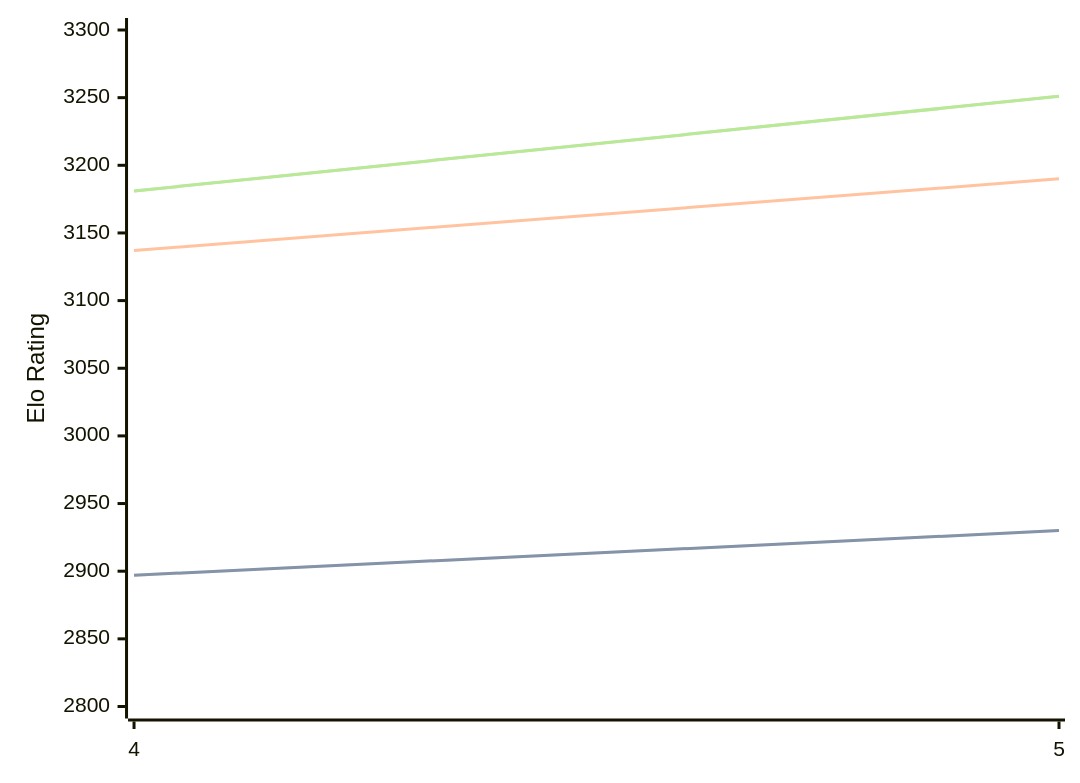
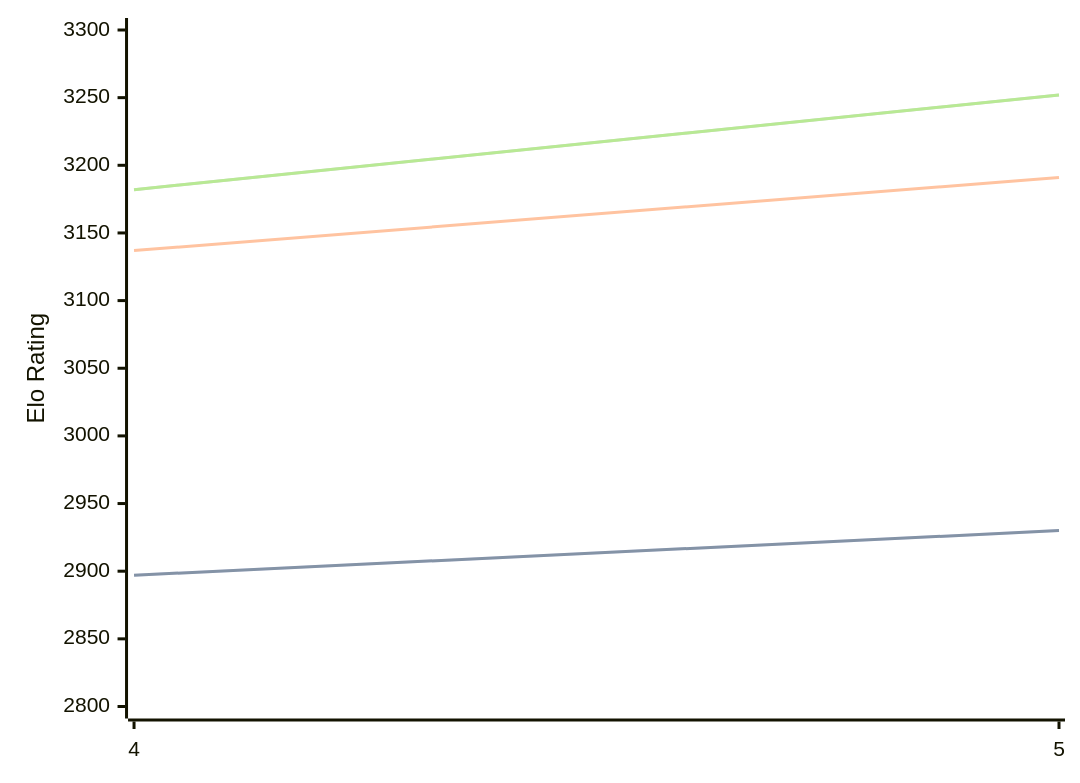
Before and after one commit to computer-chess-index/cci: the diagram in engines/Cwtch.md, drawn with Mermaid. The commit also changed other lines of this file, not shown here.

Commit message:
Update CCI Ratings (ELO VLTC) - 2026-05-14

````diff
--- a/engines/Cwtch.md
+++ b/engines/Cwtch.md
@@ -34,11 +34,11 @@
 ```mermaid
 %%{init: {"theme":"base","themeVariables":{"seriesColors:['#a3a3a3','#222221','#faa371']}}}%%
 xychart-beta
   x-axis ["4", "5"]
   y-axis "Elo Rating" 2800 --> 3300
   line "STC (8.0+0.08s)" [2897, 2930]
   line "STC (8.0+0.08s)" [2897, 2930]
-  line "LTC (60.0+0.60s)" [3137, 3190]
-  line "VLTC (2m24s+1.12s)" [3181, 3251]
-  line "VLTC (2m24s+1.12s)" [3181, 3251]
+  line "LTC (60.0+0.60s)" [3137, 3191]
+  line "VLTC (2m24s+1.12s)" [3182, 3252]
+  line "VLTC (2m24s+1.12s)" [3182, 3252]
 ```
````
